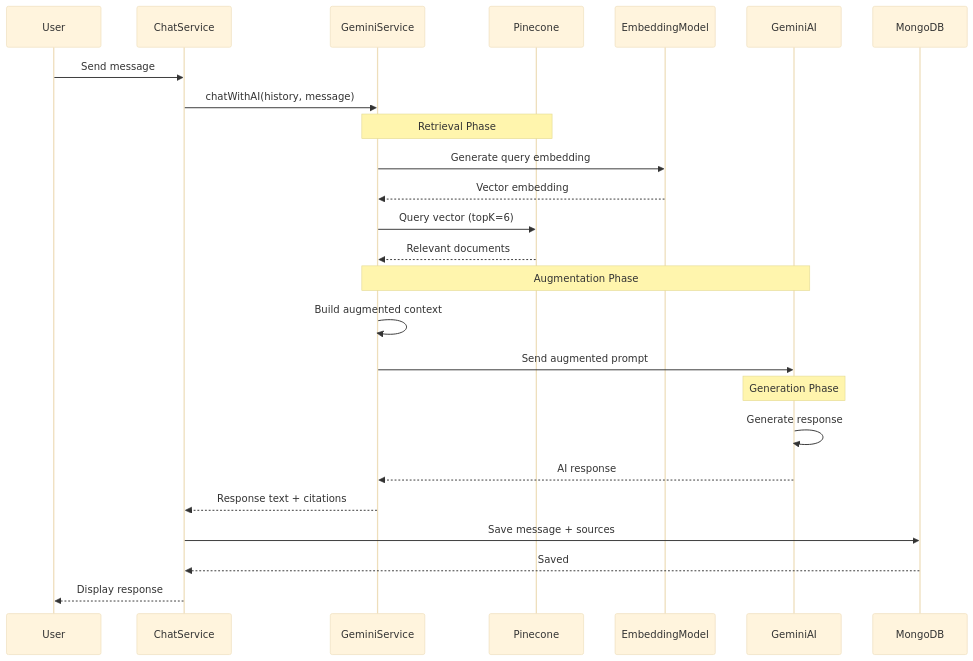
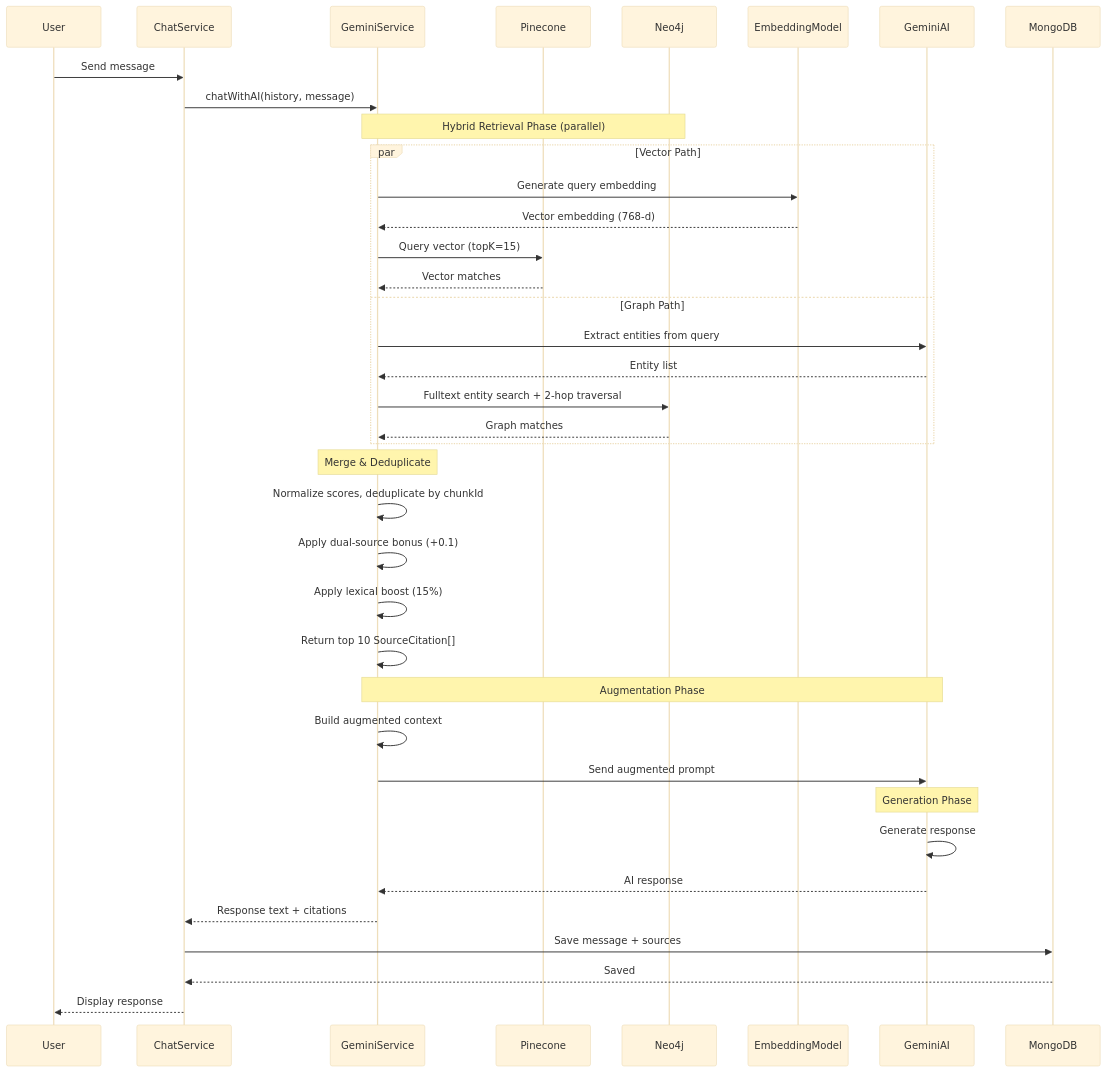
Before and after one commit to hoangsonww/AI-RAG-Assistant-Chatbot: diagram 14 of 43 in ARCHITECTURE.md, drawn with Mermaid (base theme). The commit also changed other lines of this file and 32 other files, not shown here.

First line of the commit message:
feat(rag): add hybrid Pinecone+Neo4j retrieval, graph ingestion, and CLI graph management

````diff
--- a/ARCHITECTURE.md
+++ b/ARCHITECTURE.md
@@ -566,32 +697,46 @@
 ```mermaid
 sequenceDiagram
     participant User
     participant ChatService
     participant GeminiService
     participant Pinecone
+    participant Neo4j
     participant EmbeddingModel
     participant GeminiAI
     participant MongoDB
 
     User->>ChatService: Send message
     ChatService->>GeminiService: chatWithAI(history, message)
 
-    Note over GeminiService,Pinecone: Retrieval Phase
-    GeminiService->>EmbeddingModel: Generate query embedding
-    EmbeddingModel-->>GeminiService: Vector embedding
-    GeminiService->>Pinecone: Query vector (topK=6)
-    Pinecone-->>GeminiService: Relevant documents
+    Note over GeminiService,Neo4j: Hybrid Retrieval Phase (parallel)
+    par Vector Path
+        GeminiService->>EmbeddingModel: Generate query embedding
+        EmbeddingModel-->>GeminiService: Vector embedding (768-d)
+        GeminiService->>Pinecone: Query vector (topK=15)
+        Pinecone-->>GeminiService: Vector matches
+    and Graph Path
+        GeminiService->>GeminiAI: Extract entities from query
+        GeminiAI-->>GeminiService: Entity list
+        GeminiService->>Neo4j: Fulltext entity search + 2-hop traversal
+        Neo4j-->>GeminiService: Graph matches
+    end
+
+    Note over GeminiService: Merge & Deduplicate
+    GeminiService->>GeminiService: Normalize scores, deduplicate by chunkId
+    GeminiService->>GeminiService: Apply dual-source bonus (+0.1)
+    GeminiService->>GeminiService: Apply lexical boost (15%)
+    GeminiService->>GeminiService: Return top 10 SourceCitation[]
 
     Note over GeminiService,GeminiAI: Augmentation Phase
     GeminiService->>GeminiService: Build augmented context
     GeminiService->>GeminiAI: Send augmented prompt
 
     Note over GeminiAI: Generation Phase
     GeminiAI->>GeminiAI: Generate response
     GeminiAI-->>GeminiService: AI response
 
     GeminiService-->>ChatService: Response text + citations
     ChatService->>MongoDB: Save message + sources
     MongoDB-->>ChatService: Saved
     ChatService-->>User: Display response
 ```
````
